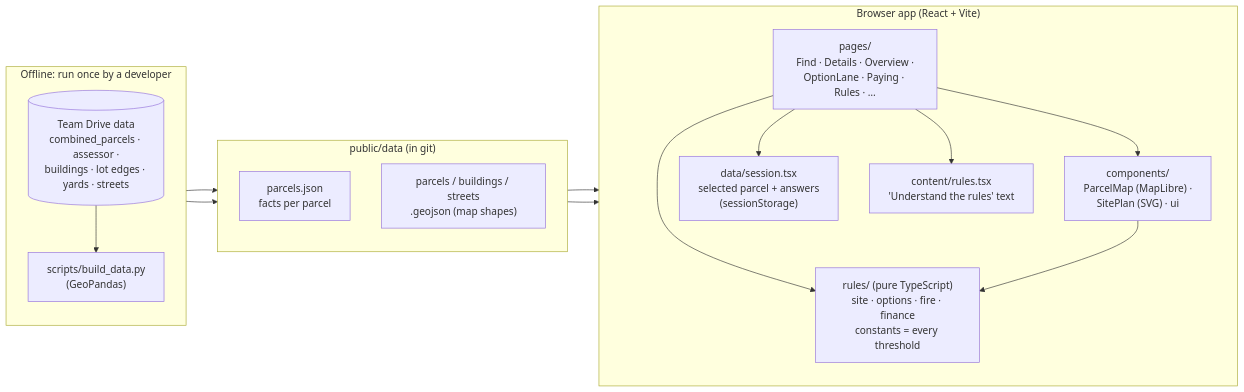
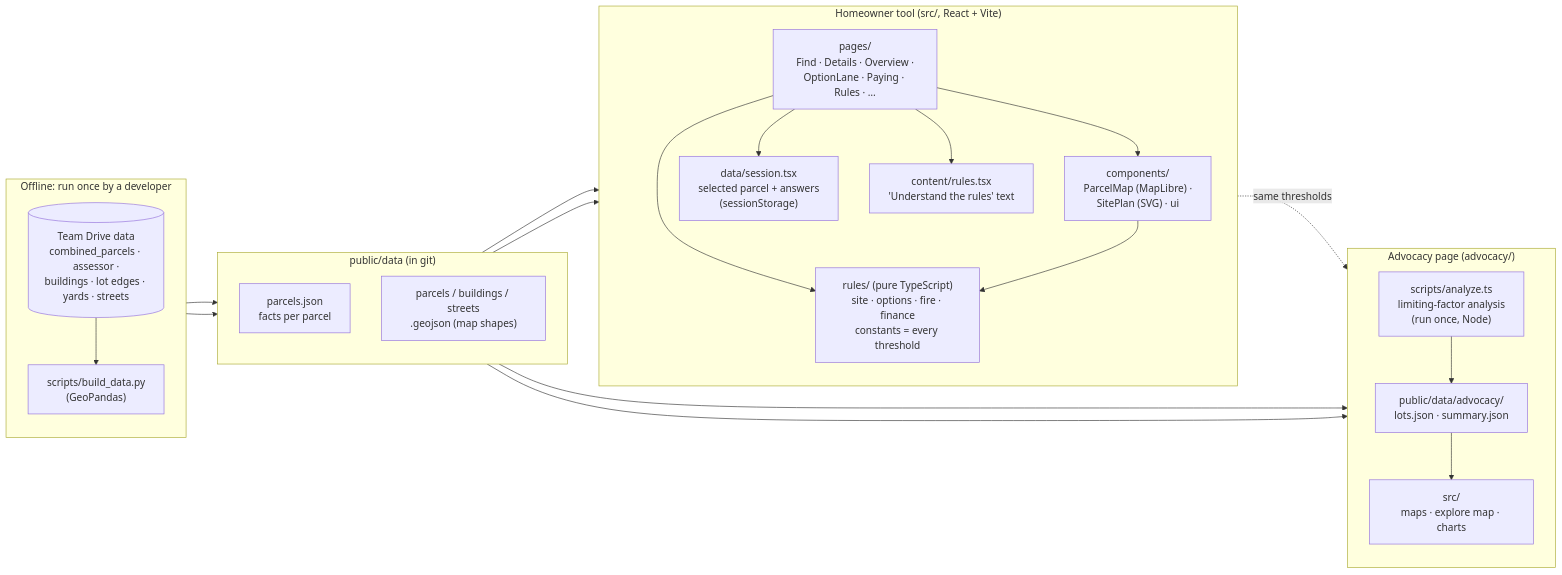
One commit to crowd-sourced-city/rehousing-mattapan changed the diagram in web/README.md. Above: the diagram before and after it, drawn with Mermaid. The commit also changed other lines of this file and 23 other files, not shown here.

First line of the commit message:
Add the "Room to Grow" advocacy page (web/advocacy/)

````diff
--- a/web/README.md
+++ b/web/README.md
@@ -50,29 +57,40 @@
 ```mermaid
 flowchart LR
   subgraph offline["Offline: run once by a developer"]
     direction TB
     drive[("Team Drive data<br/>combined_parcels · assessor ·<br/>buildings · lot edges · yards · streets")]
     script["scripts/build_data.py<br/>(GeoPandas)"]
     drive --> script
   end
 
   subgraph static["public/data (in git)"]
     direction TB
     pj["parcels.json<br/>facts per parcel"]
     geo["parcels / buildings / streets<br/>.geojson (map shapes)"]
   end
   script --> pj & geo
 
-  subgraph app["Browser app (React + Vite)"]
+  subgraph app["Homeowner tool (src/, React + Vite)"]
     direction TB
     pages["pages/<br/>Find · Details · Overview ·<br/>OptionLane · Paying · Rules · …"]
     comps["components/<br/>ParcelMap (MapLibre) ·<br/>SitePlan (SVG) · ui"]
     session["data/session.tsx<br/>selected parcel + answers<br/>(sessionStorage)"]
     rules["rules/ (pure TypeScript)<br/>site · options · fire · finance<br/>constants = every threshold"]
     content["content/rules.tsx<br/>'Understand the rules' text"]
     pages --> comps & session & rules & content
     comps --> rules
   end
   pj --> session
   geo --> comps
+
+  subgraph adv["Advocacy page (advocacy/)"]
+    direction TB
+    analyze["scripts/analyze.ts<br/>limiting-factor analysis<br/>(run once, Node)"]
+    advjson["public/data/advocacy/<br/>lots.json · summary.json"]
+    advpage["src/<br/>maps · explore map · charts"]
+    analyze --> advjson --> advpage
+  end
+  pj --> analyze
+  rules -. "same thresholds" .-> analyze
+  geo --> advpage
 ```
````
